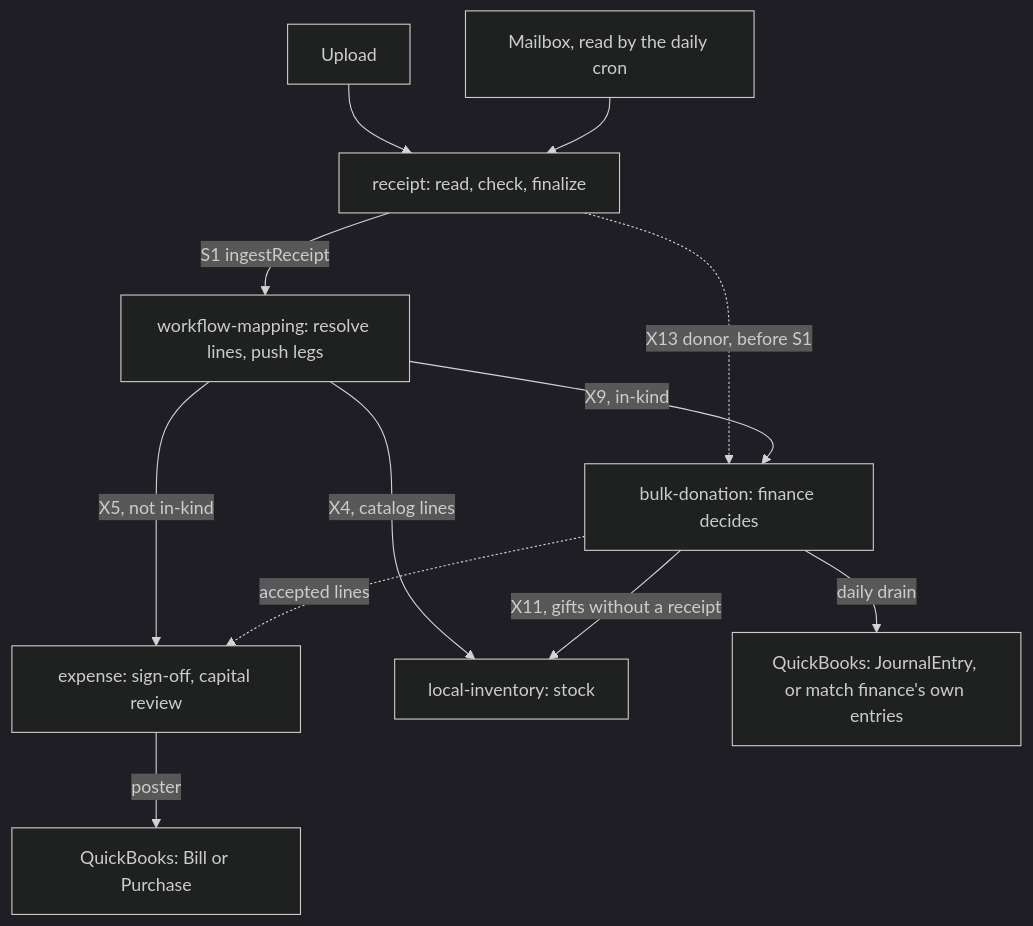
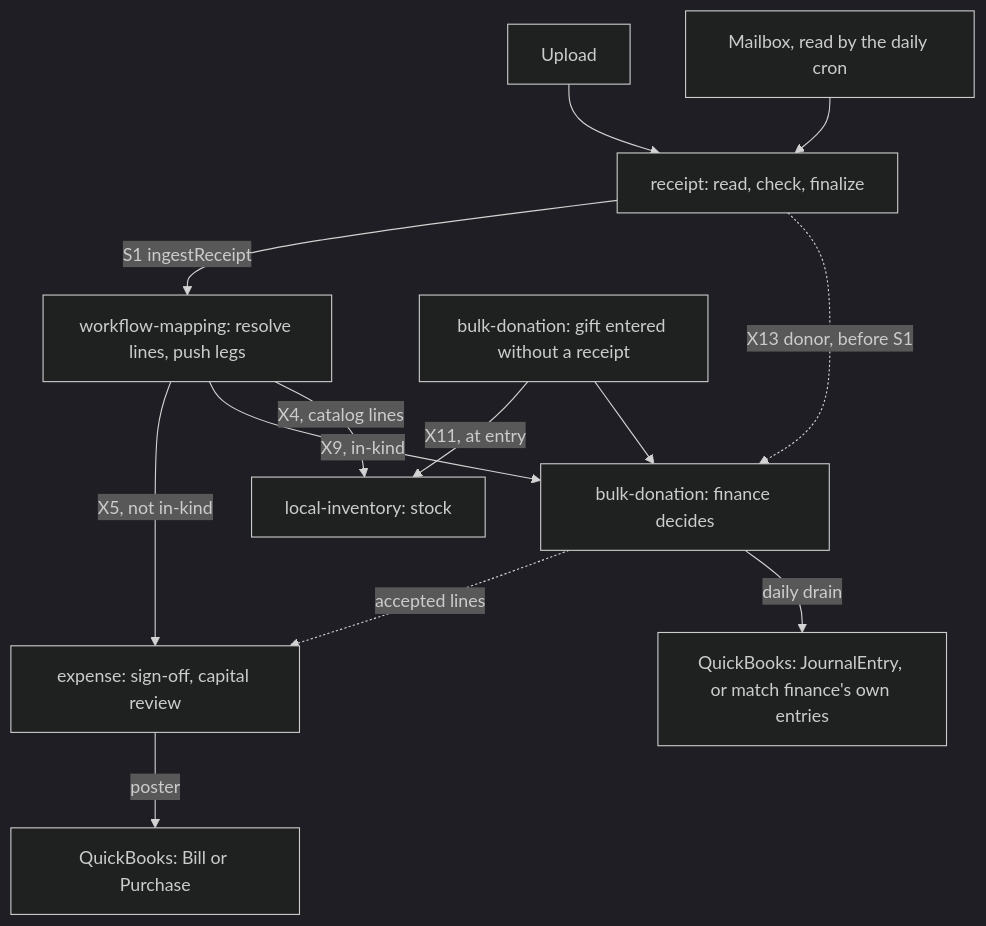
Before and after one commit to innovationtreehouse/apps.checkin: the diagram in docs/architecture/RECEIPT_PIPELINE.md, drawn with Mermaid (dark theme). The commit also changed other lines of this file, not shown here.

Commit message:
docs(receipt-pipeline): start gift stock load at entry; split gift posting retries from finance's lane

````diff
--- a/docs/architecture/RECEIPT_PIPELINE.md
+++ b/docs/architecture/RECEIPT_PIPELINE.md
@@ -17,14 +17,15 @@
 ```mermaid
 flowchart TD
     U["Upload"] --> R
     M["Mailbox, read by the daily cron"] --> R
     R["receipt: read, check, finalize"] -->|"S1 ingestReceipt"| W
     R -.->|"X13 donor, before S1"| D
     W["workflow-mapping: resolve lines, push legs"] -->|"X5, not in-kind"| E
     W -->|"X9, in-kind"| D
     W -->|"X4, catalog lines"| I["local-inventory: stock"]
     E["expense: sign-off, capital review"] -->|"poster"| QE["QuickBooks: Bill or Purchase"]
     D["bulk-donation: finance decides"] -.->|"accepted lines"| E
-    D -->|"X11, gifts without a receipt"| I
+    G["bulk-donation: gift entered without a receipt"] -->|"X11, at entry"| I
+    G --> D
     D -->|"daily drain"| QD["QuickBooks: JournalEntry, or match finance's own entries"]
 ```
````
